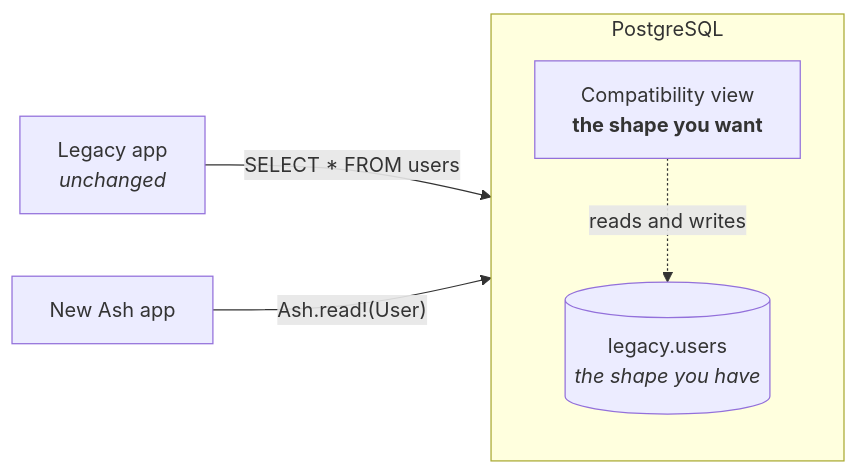
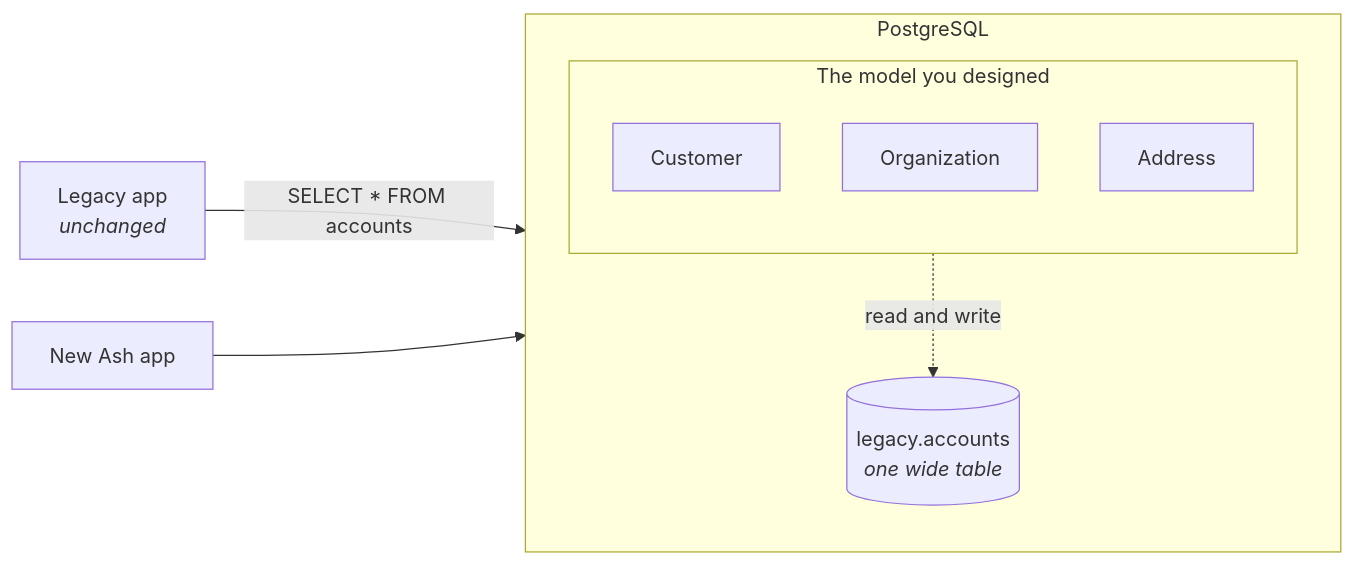
The first of 3 diagrams in README.md (lukegalea/ash_strangler), drawn with Mermaid before and after one commit. The commit also changed other lines of this file and 2 other files, not shown here.

````diff
--- a/README.md
+++ b/README.md
@@ -31,15 +38,19 @@
 ```mermaid
 flowchart LR
     legacy["Legacy app<br/><i>unchanged</i>"]
-    new["New Ash app"]
 
     subgraph db ["PostgreSQL"]
         direction TB
-        view["Compatibility view<br/><b>the shape you want</b>"]
-        table[("legacy.users<br/><i>the shape you have</i>")]
-        view -. "reads and writes" .-> table
+        subgraph views ["The model you designed"]
+            direction TB
+            v1["Customer"]
+            v2["Organization"]
+            v3["Address"]
+        end
+        table[("legacy.accounts<br/><i>one wide table</i>")]
+        views -. "read and write" .-> table
     end
 
-    legacy -- "SELECT * FROM users" --> table
-    new -- "Ash.read!(User)" --> view
+    new["New Ash app"] --> views
+    legacy -- "SELECT * FROM accounts" --> table
 ```
````
